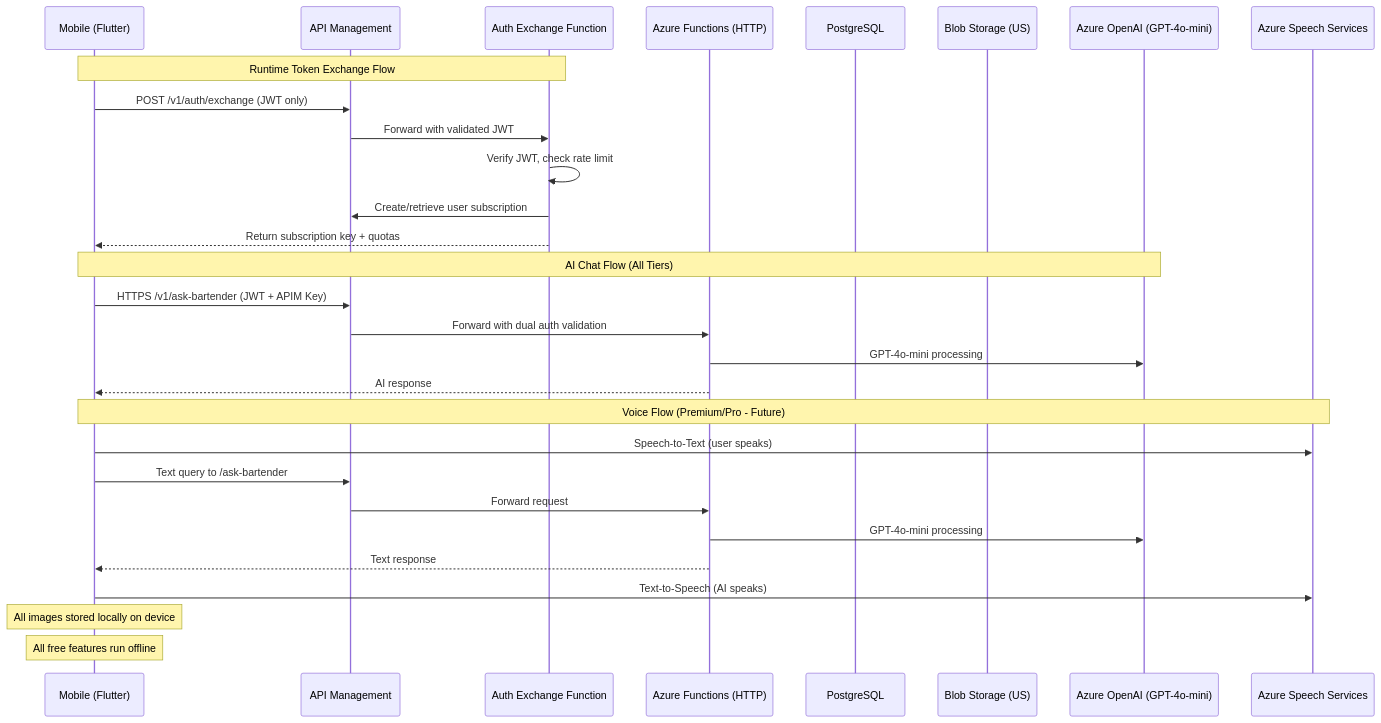
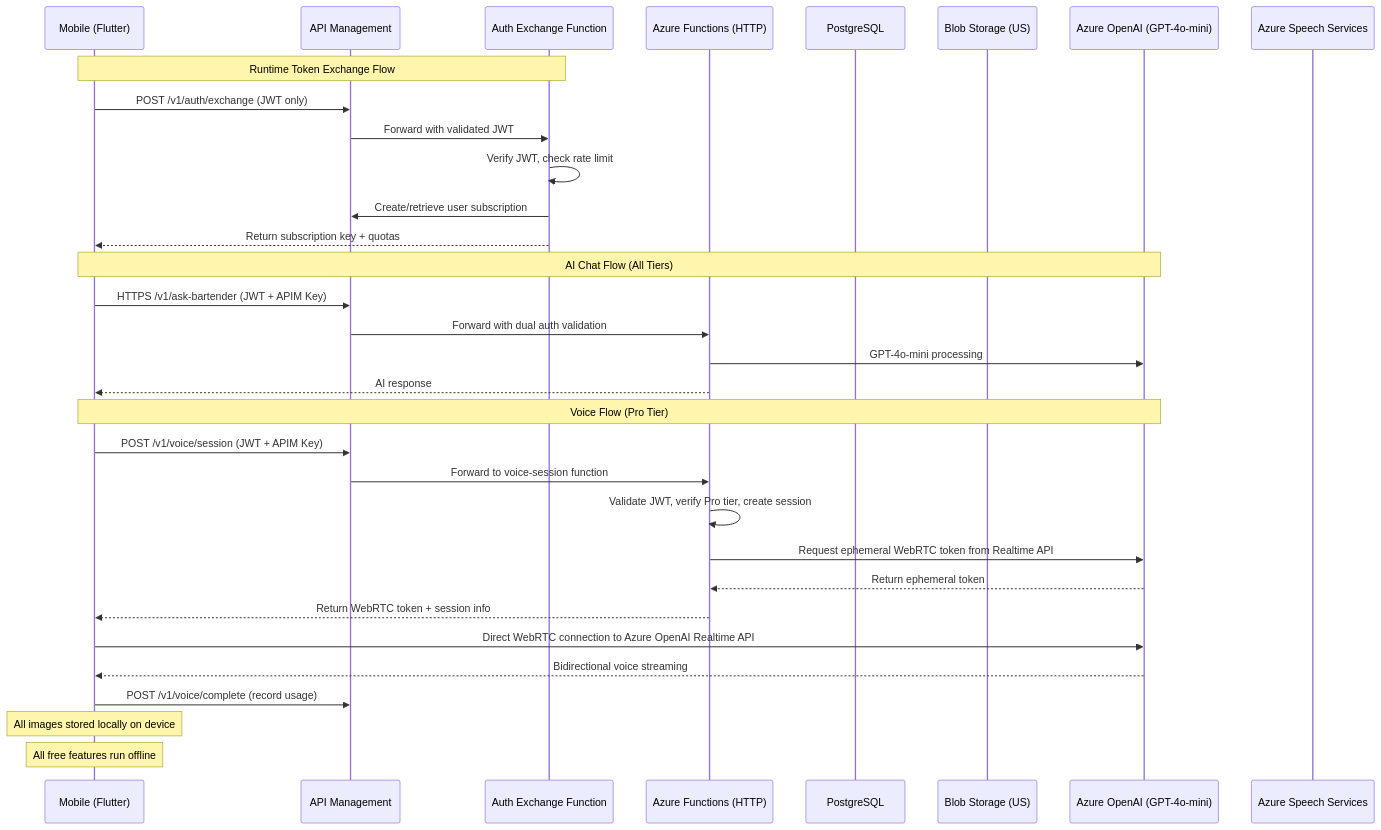
The first of 2 diagrams in docs/ARCHITECTURE.md (gwhitley1969/mybartenderAI-MVP), drawn with Mermaid before and after one commit. The commit also changed other lines of this file, not shown here.

First line of the commit message:
docs: Major update to ARCHITECTURE.md - fix inaccuracies

````diff
--- a/docs/ARCHITECTURE.md
+++ b/docs/ARCHITECTURE.md
@@ -75,35 +78,38 @@
 ```mermaid
 sequenceDiagram
   participant M as Mobile (Flutter)
   participant APIM as API Management
   participant AE as Auth Exchange Function
   participant F as Azure Functions (HTTP)
   participant DB as PostgreSQL
   participant B as Blob Storage (US)
   participant AI as Azure OpenAI (GPT-4o-mini)
   participant Speech as Azure Speech Services
 
   Note over M,AE: Runtime Token Exchange Flow
   M->>APIM: POST /v1/auth/exchange (JWT only)
   APIM->>AE: Forward with validated JWT
   AE->>AE: Verify JWT, check rate limit
   AE->>APIM: Create/retrieve user subscription
   AE-->>M: Return subscription key + quotas
 
   Note over M,AI: AI Chat Flow (All Tiers)
   M->>APIM: HTTPS /v1/ask-bartender (JWT + APIM Key)
   APIM->>F: Forward with dual auth validation
   F->>AI: GPT-4o-mini processing
   F-->>M: AI response
 
-  Note over M,Speech: Voice Flow (Premium/Pro - Future)
-  M->>Speech: Speech-to-Text (user speaks)
-  M->>APIM: Text query to /ask-bartender
-  APIM->>F: Forward request
-  F->>AI: GPT-4o-mini processing
-  F-->>M: Text response
-  M->>Speech: Text-to-Speech (AI speaks)
+  Note over M,AI: Voice Flow (Pro Tier)
+  M->>APIM: POST /v1/voice/session (JWT + APIM Key)
+  APIM->>F: Forward to voice-session function
+  F->>F: Validate JWT, verify Pro tier, create session
+  F->>AI: Request ephemeral WebRTC token from Realtime API
+  AI-->>F: Return ephemeral token
+  F-->>M: Return WebRTC token + session info
+  M->>AI: Direct WebRTC connection to Azure OpenAI Realtime API
+  AI-->>M: Bidirectional voice streaming
+  M->>APIM: POST /v1/voice/complete (record usage)
 
   Note over M: All images stored locally on device
   Note over M: All free features run offline
 ```
````
